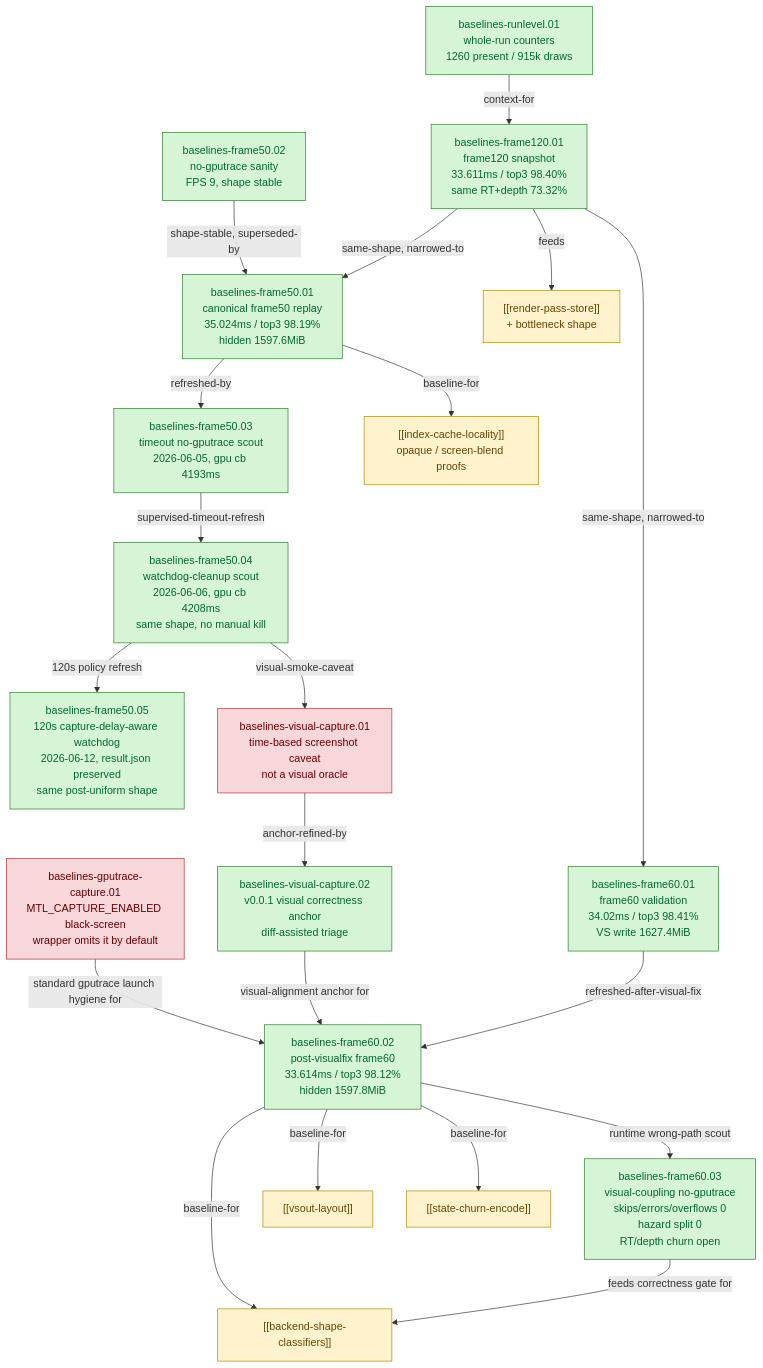
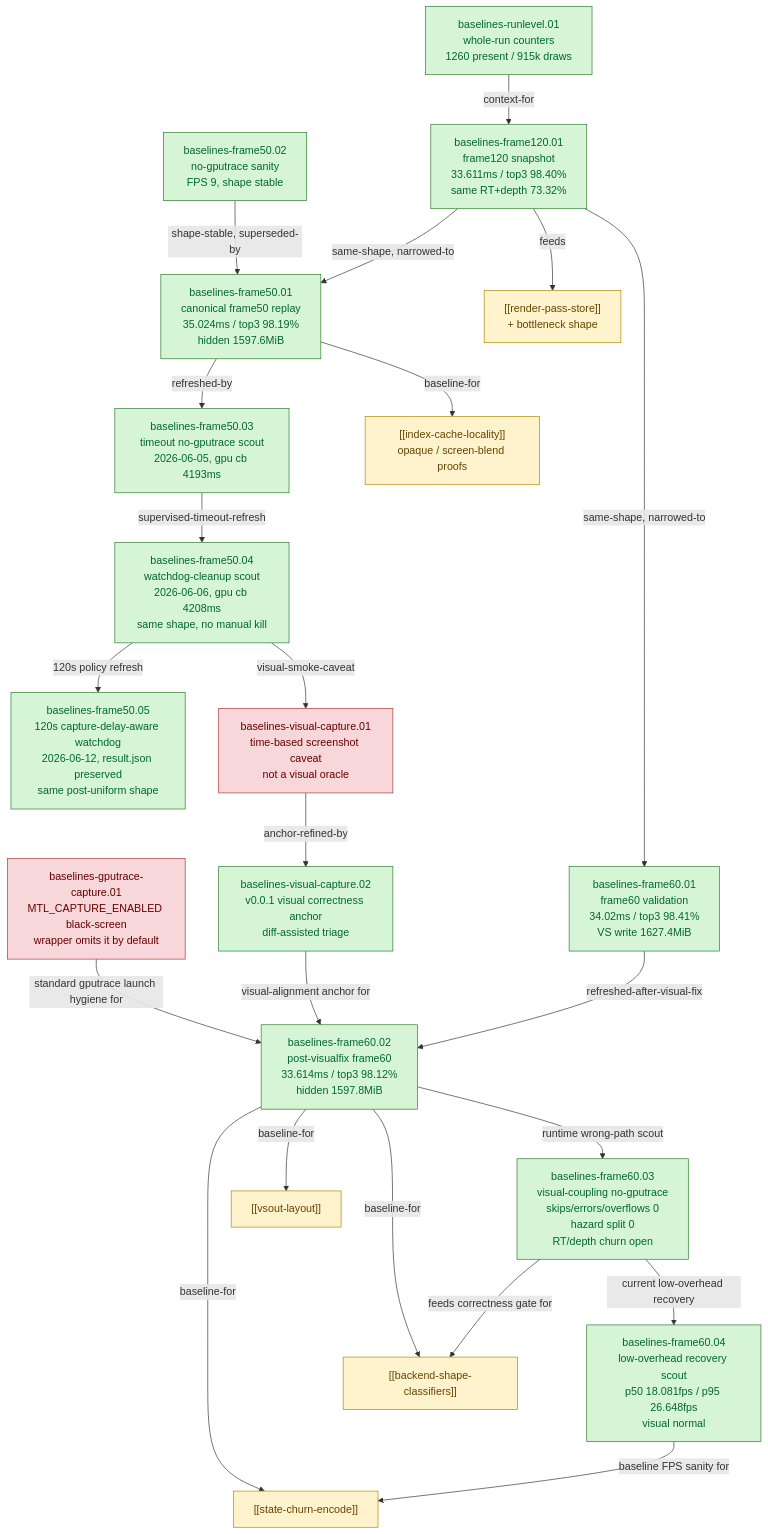
One commit to dfdgsdfg/dxmt9 changed the diagram in docs/perfomance/baselines.md. Above: the diagram before and after it, drawn with Mermaid. The commit also changed other lines of this file and 16 other files, not shown here.

````diff
--- a/docs/perfomance/baselines.md
+++ b/docs/perfomance/baselines.md
@@ -61,45 +64,48 @@
 ```mermaid
 flowchart TD
   classDef accepted fill:#d6f5d6,stroke:#2b7a2b,color:#063
   classDef rejected fill:#f8d7da,stroke:#a33,color:#600
   classDef open fill:#fff3cd,stroke:#a80,color:#640
 
   RunLevel["baselines-runlevel.01\nwhole-run counters\n1260 present / 915k draws"]
   F120["baselines-frame120.01\nframe120 snapshot\n33.611ms / top3 98.40%\nsame RT+depth 73.32%"]
   F50["baselines-frame50.01\ncanonical frame50 replay\n35.024ms / top3 98.19%\nhidden 1597.6MiB"]
   F50san["baselines-frame50.02\nno-gputrace sanity\nFPS 9, shape stable"]
   F50to["baselines-frame50.03\ntimeout no-gputrace scout\n2026-06-05, gpu cb 4193ms"]
   F50wd["baselines-frame50.04\nwatchdog-cleanup scout\n2026-06-06, gpu cb 4208ms\nsame shape, no manual kill"]
   F50wd120["baselines-frame50.05\n120s capture-delay-aware watchdog\n2026-06-12, result.json preserved\nsame post-uniform shape"]
   Visual["baselines-visual-capture.01\ntime-based screenshot caveat\nnot a visual oracle"]
   VisualAnchor["baselines-visual-capture.02\nv0.0.1 visual correctness anchor\ndiff-assisted triage"]
   CaptureEnv["baselines-gputrace-capture.01\nMTL_CAPTURE_ENABLED black-screen\nwrapper omits it by default"]
   F60["baselines-frame60.01\nframe60 validation\n34.02ms / top3 98.41%\nVS write 1627.4MiB"]
   F60post["baselines-frame60.02\npost-visualfix frame60\n33.614ms / top3 98.12%\nhidden 1597.8MiB"]
   F60vc["baselines-frame60.03\nvisual-coupling no-gputrace\nskips/errors/overflows 0\nhazard split 0\nRT/depth churn open"]
+  F60low["baselines-frame60.04\nlow-overhead recovery scout\np50 18.081fps / p95 26.648fps\nvisual normal"]
 
   RunLevel -->|context-for| F120
   F120 -->|same-shape, narrowed-to| F50
   F120 -->|same-shape, narrowed-to| F60
   F60 -->|refreshed-after-visual-fix| F60post
   F60post -->|runtime wrong-path scout| F60vc
+  F60vc -->|current low-overhead recovery| F60low
   F50san -->|shape-stable, superseded-by| F50
   F50 -->|refreshed-by| F50to
   F50to -->|supervised-timeout-refresh| F50wd
   F50wd -->|120s policy refresh| F50wd120
   F50wd -->|visual-smoke-caveat| Visual
   Visual -->|anchor-refined-by| VisualAnchor
   VisualAnchor -->|visual-alignment anchor for| F60post
   CaptureEnv -->|standard gputrace launch hygiene for| F60post
   F60vc -->|feeds correctness gate for| Backend
+  F60low -->|baseline FPS sanity for| Churn
 
   F120 -->|feeds| Store["[[render-pass-store]]\n+ bottleneck shape"]
   F50 -->|baseline-for| IdxCache["[[index-cache-locality]]\nopaque / screen-blend proofs"]
   F60post -->|baseline-for| VSOut["[[vsout-layout]]"]
   F60post -->|baseline-for| Backend["[[backend-shape-classifiers]]"]
   F60post -->|baseline-for| Churn["[[state-churn-encode]]"]
 
-  class F120,F50,F50san,F50to,F50wd,F50wd120,F60,F60post,F60vc,RunLevel,VisualAnchor accepted
+  class F120,F50,F50san,F50to,F50wd,F50wd120,F60,F60post,F60vc,F60low,RunLevel,VisualAnchor accepted
   class Visual,CaptureEnv rejected
   class Store,IdxCache,VSOut,Backend,Churn open
 ```
````
